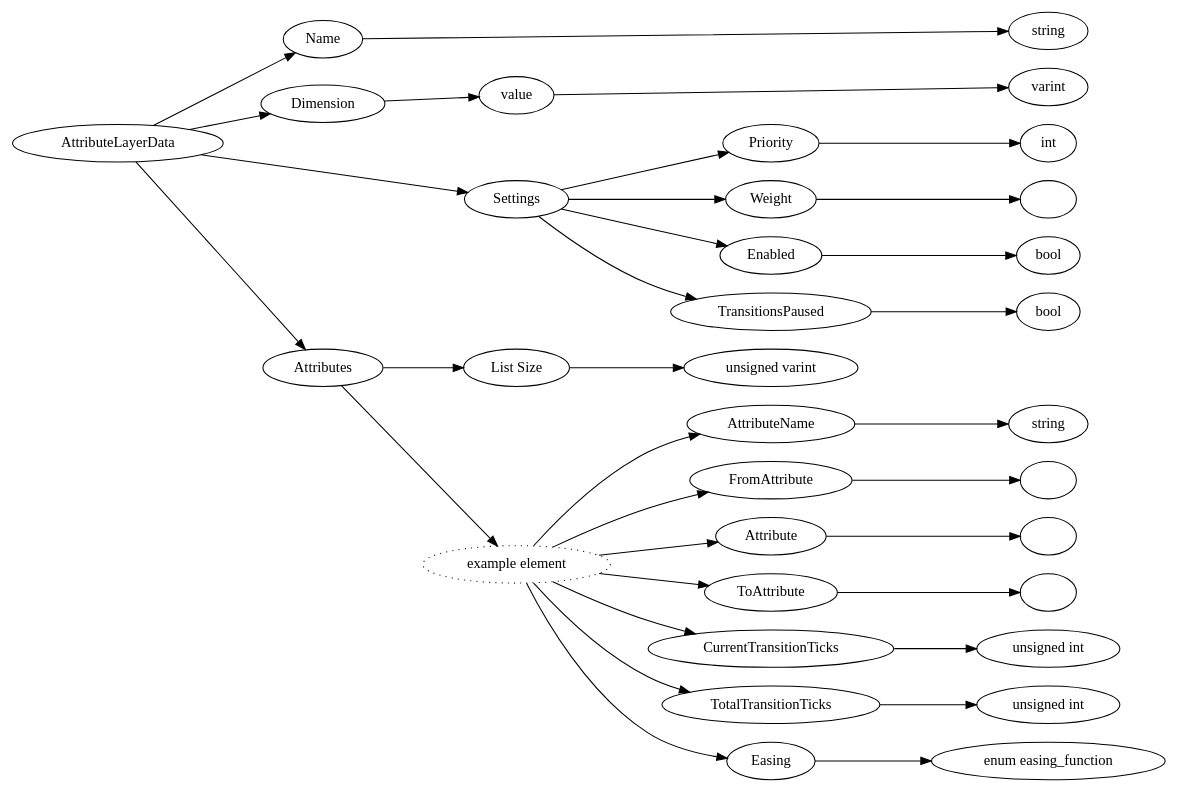
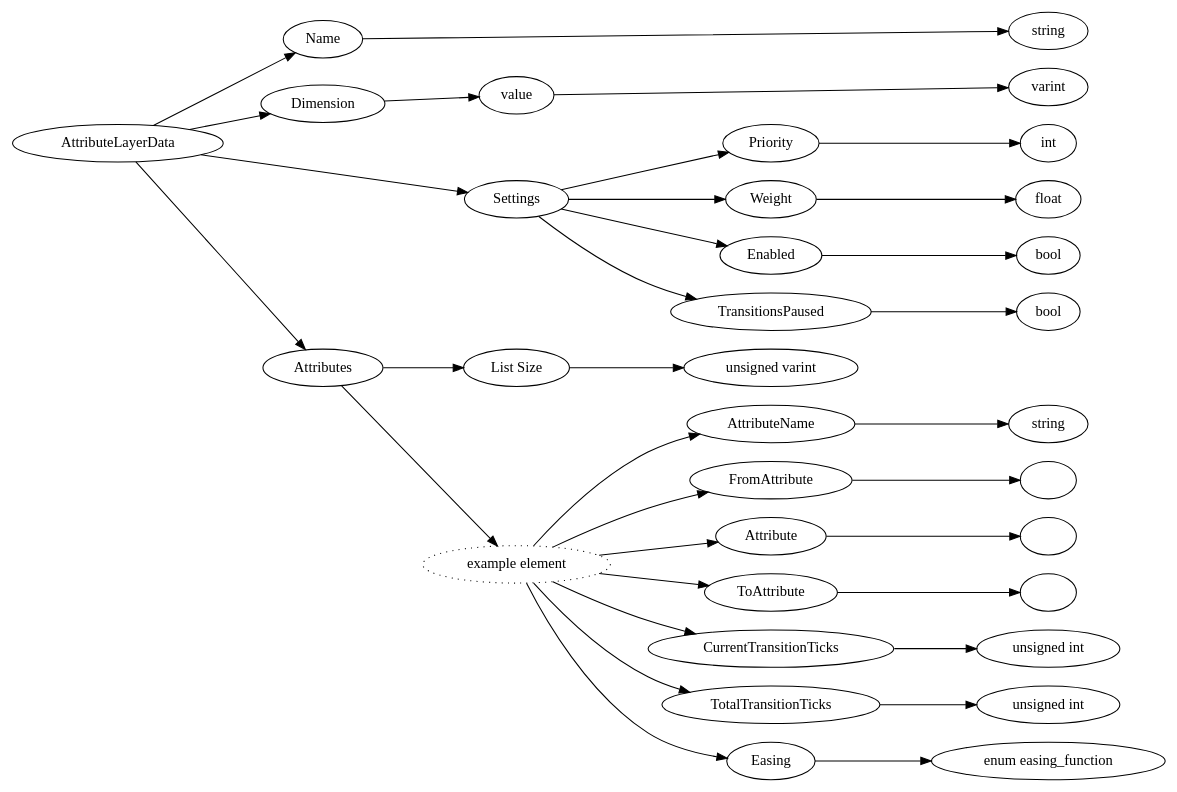
Before and after one commit to Mojang/bedrock-protocol-docs: the diagram in dot/AttributeLayerData.dot, drawn with Graphviz. The commit also changed 806 other files, not shown here.

```diff
--- a/dot/AttributeLayerData.dot
+++ b/dot/AttributeLayerData.dot
@@ -1,72 +1,72 @@
 digraph "AttributeLayerData" {
 rankdir = LR
 0
 0 -> 1
 1 -> 2
 0 -> 3
 3 -> 4
 4 -> 5
 0 -> 6
 6 -> 7
 7 -> 8
 6 -> 9
 9 -> 10
 6 -> 11
 11 -> 12
 6 -> 13
 13 -> 14
 0 -> 15
 15 -> 16
 16 -> 17
 15 -> 18
 18 -> 19
 19 -> 20
 18 -> 21
 21 -> 22
 18 -> 23
 23 -> 24
 18 -> 25
 25 -> 26
 18 -> 27
 27 -> 28
 18 -> 29
 29 -> 30
 18 -> 31
 31 -> 32
 
 0 [label="AttributeLayerData",comment="name: \"AttributeLayerData\", typeName: \"\", id: 0, branchId: 0, recurseId: -1, attributes: 0, notes: \"\""];
 1 [label="Name",comment="name: \"Name\", typeName: \"\", id: 1, branchId: 0, recurseId: -1, attributes: 0, notes: \"\""];
 2 [label="string",comment="name: \"string\", typeName: \"\", id: 2, branchId: 0, recurseId: -1, attributes: 512, notes: \"\""];
 3 [label="Dimension",comment="name: \"Dimension\", typeName: \"\", id: 3, branchId: 0, recurseId: -1, attributes: 0, notes: \"\""];
 4 [label="value",comment="name: \"value\", typeName: \"\", id: 4, branchId: 0, recurseId: -1, attributes: 0, notes: \"\""];
 5 [label="varint",comment="name: \"varint\", typeName: \"\", id: 5, branchId: 0, recurseId: -1, attributes: 512, notes: \"\""];
 6 [label="Settings",comment="name: \"Settings\", typeName: \"\", id: 6, branchId: 0, recurseId: -1, attributes: 0, notes: \"\""];
 7 [label="Priority",comment="name: \"Priority\", typeName: \"\", id: 7, branchId: 0, recurseId: -1, attributes: 0, notes: \"\""];
 8 [label="int",comment="name: \"int\", typeName: \"\", id: 8, branchId: 0, recurseId: -1, attributes: 512, notes: \"\""];
 9 [label="Weight",comment="name: \"Weight\", typeName: \"\", id: 9, branchId: 0, recurseId: -1, attributes: 0, notes: \"\""];
-10 [label="",comment="name: \"\", typeName: \"\", id: 10, branchId: 0, recurseId: -1, attributes: 512, notes: \"\""];
+10 [label="float",comment="name: \"float\", typeName: \"\", id: 10, branchId: 0, recurseId: -1, attributes: 512, notes: \"\""];
 11 [label="Enabled",comment="name: \"Enabled\", typeName: \"\", id: 11, branchId: 0, recurseId: -1, attributes: 0, notes: \"\""];
 12 [label="bool",comment="name: \"bool\", typeName: \"\", id: 12, branchId: 0, recurseId: -1, attributes: 512, notes: \"\""];
 13 [label="TransitionsPaused",comment="name: \"TransitionsPaused\", typeName: \"\", id: 13, branchId: 0, recurseId: -1, attributes: 0, notes: \"\""];
 14 [label="bool",comment="name: \"bool\", typeName: \"\", id: 14, branchId: 0, recurseId: -1, attributes: 512, notes: \"\""];
 15 [label="Attributes",comment="name: \"Attributes\", typeName: \"\", id: 15, branchId: 0, recurseId: -1, attributes: 0, notes: \"\""];
 16 [label="List Size",comment="name: \"List Size\", typeName: \"\", id: 16, branchId: 0, recurseId: -1, attributes: 0, notes: \"\""];
 17 [label="unsigned varint",comment="name: \"unsigned varint\", typeName: \"\", id: 17, branchId: 0, recurseId: -1, attributes: 0, notes: \"\""];
 18 [label="example element",style=dotted,comment="name: \"example element\", typeName: \"\", id: 18, branchId: 0, recurseId: -1, attributes: 16, notes: \"\""];
 19 [label="AttributeName",comment="name: \"AttributeName\", typeName: \"\", id: 19, branchId: 0, recurseId: -1, attributes: 0, notes: \"\""];
 20 [label="string",comment="name: \"string\", typeName: \"\", id: 20, branchId: 0, recurseId: -1, attributes: 512, notes: \"\""];
 21 [label="FromAttribute",comment="name: \"FromAttribute\", typeName: \"\", id: 21, branchId: 0, recurseId: -1, attributes: 0, notes: \"\""];
 22 [label="",comment="name: \"\", typeName: \"\", id: 22, branchId: 0, recurseId: -1, attributes: 512, notes: \"\""];
 23 [label="Attribute",comment="name: \"Attribute\", typeName: \"\", id: 23, branchId: 0, recurseId: -1, attributes: 0, notes: \"\""];
 24 [label="",comment="name: \"\", typeName: \"\", id: 24, branchId: 0, recurseId: -1, attributes: 512, notes: \"\""];
 25 [label="ToAttribute",comment="name: \"ToAttribute\", typeName: \"\", id: 25, branchId: 0, recurseId: -1, attributes: 0, notes: \"\""];
 26 [label="",comment="name: \"\", typeName: \"\", id: 26, branchId: 0, recurseId: -1, attributes: 512, notes: \"\""];
 27 [label="CurrentTransitionTicks",comment="name: \"CurrentTransitionTicks\", typeName: \"\", id: 27, branchId: 0, recurseId: -1, attributes: 0, notes: \"\""];
 28 [label="unsigned int",comment="name: \"unsigned int\", typeName: \"\", id: 28, branchId: 0, recurseId: -1, attributes: 512, notes: \"\""];
 29 [label="TotalTransitionTicks",comment="name: \"TotalTransitionTicks\", typeName: \"\", id: 29, branchId: 0, recurseId: -1, attributes: 0, notes: \"\""];
 30 [label="unsigned int",comment="name: \"unsigned int\", typeName: \"\", id: 30, branchId: 0, recurseId: -1, attributes: 512, notes: \"\""];
 31 [label="Easing",comment="name: \"Easing\", typeName: \"\", id: 31, branchId: 0, recurseId: -1, attributes: 0, notes: \"\""];
 32 [label="enum easing_function",comment="name: \"enum easing_function\", typeName: \"\", id: 32, branchId: 0, recurseId: -1, attributes: 512, notes: \"\""];
 { rank = max;2;5;8;10;12;14;20;22;24;26;28;30;32}
 
 }
```
